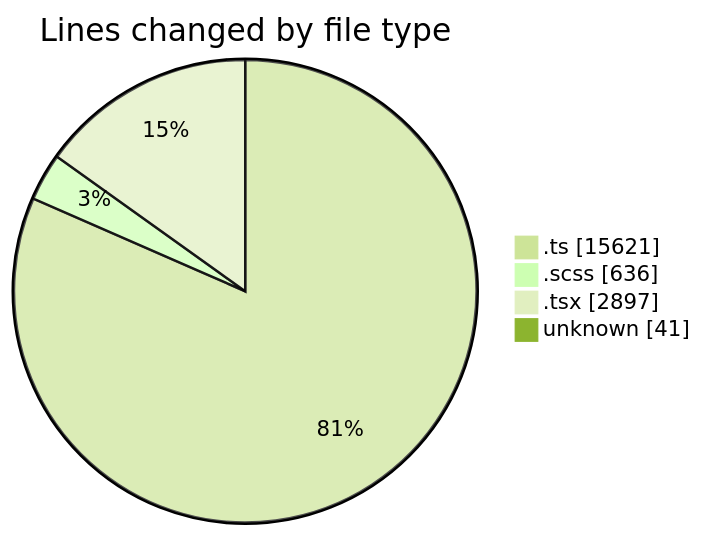
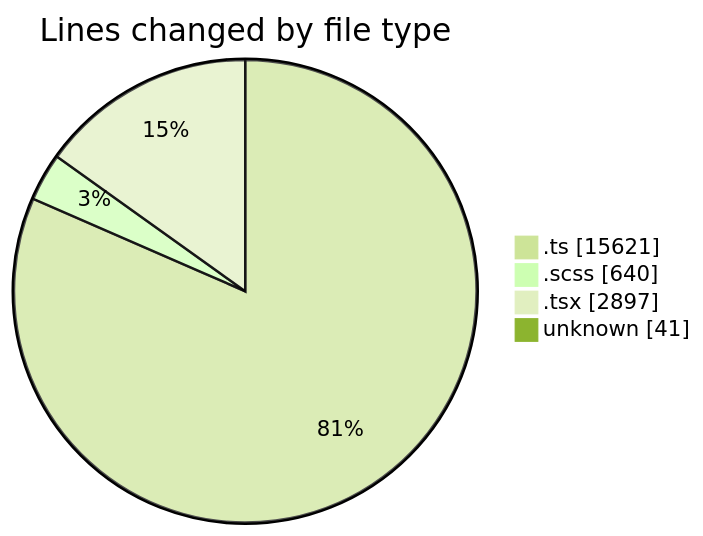
One commit to momahboobian/code-tracking changed the first of 2 diagrams in 2025-08-27/cda/README.md. Above: the diagram before and after it, drawn with Mermaid (forest theme). The commit also changed other lines of this file and 1 other file, not shown here.

````diff
--- a/2025-08-27/cda/README.md
+++ b/2025-08-27/cda/README.md
@@ -38,8 +38,8 @@
 ```mermaid
 pie showData
 title Lines changed by file type
 ".ts" : 15621
-".scss" : 636
+".scss" : 640
 ".tsx" : 2897
 "unknown" : 41
 ```
````
